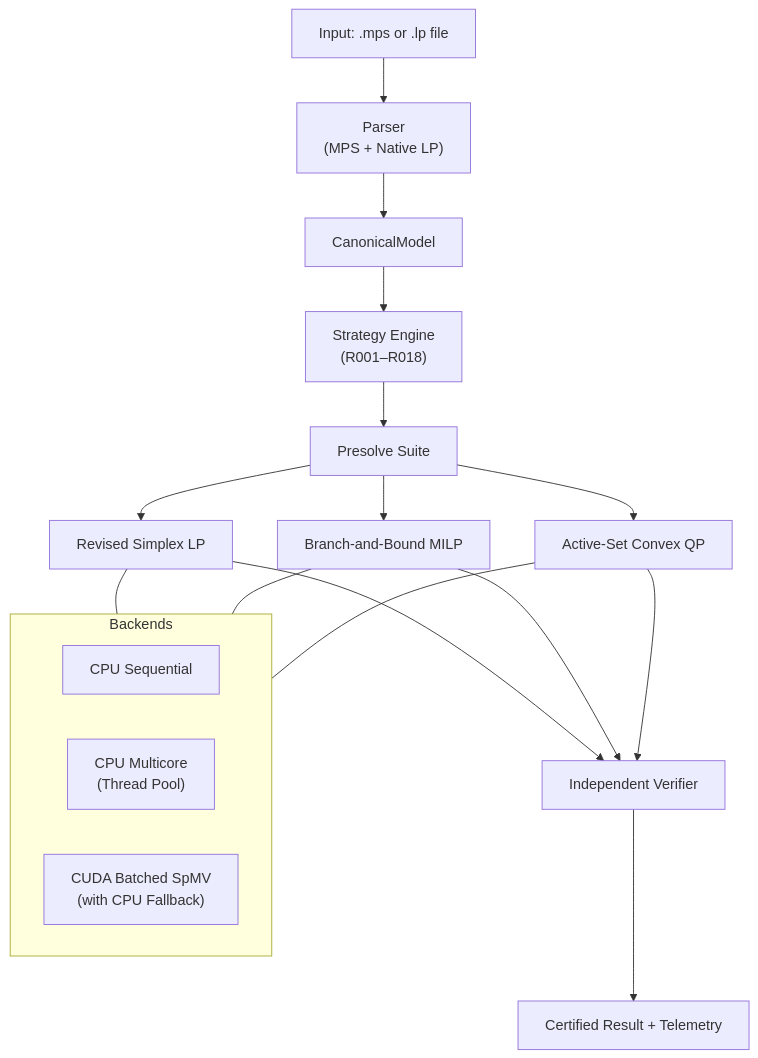
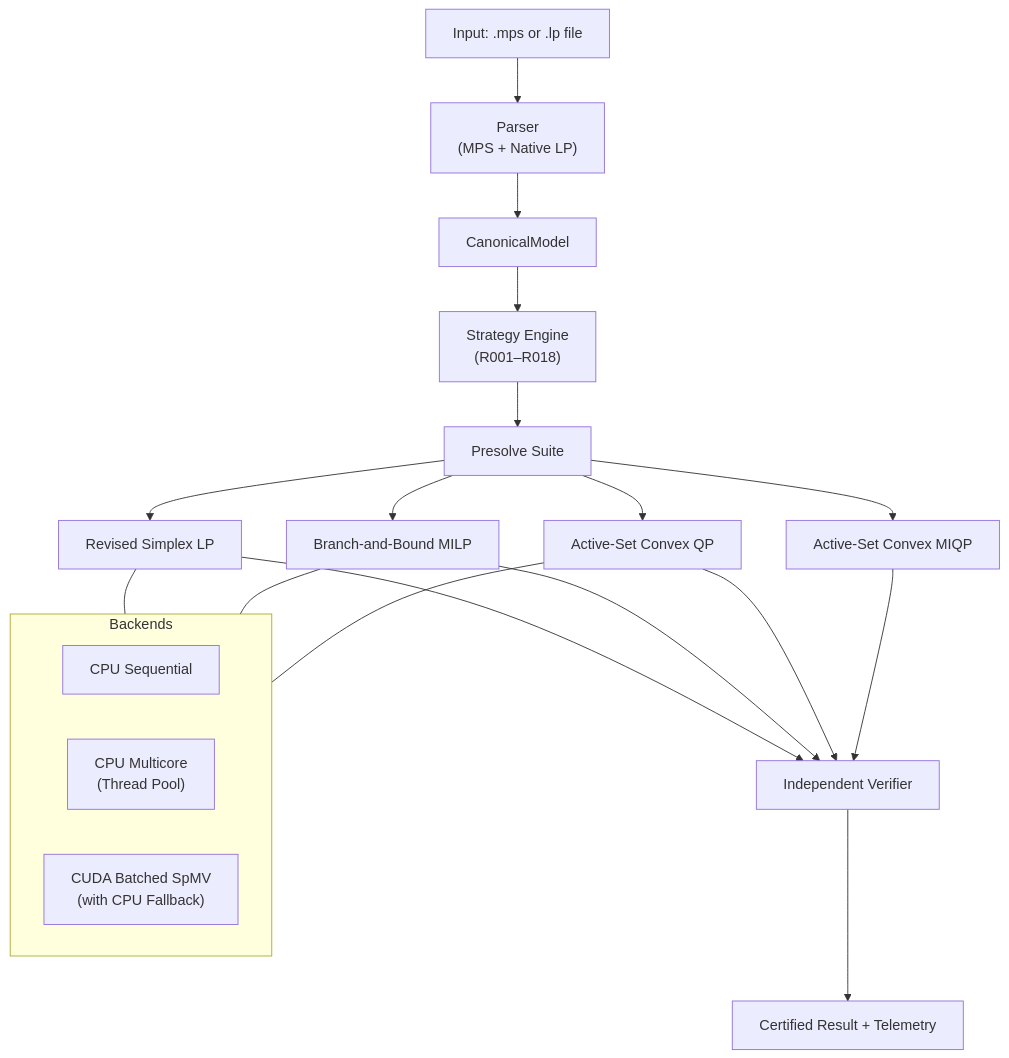
Before and after one commit to madhavansingh/Kavach-opt: the first of 2 diagrams in README.md, drawn with Mermaid. The commit also changed other lines of this file and 23 other files, not shown here.

Commit message:
Establish convex MIQP branch-and-bound relaxation orchestration

````diff
--- a/README.md
+++ b/README.md
@@ -87,24 +88,26 @@
 ```mermaid
 flowchart TD
     A["Input: .mps or .lp file"] --> B["Parser\n(MPS + Native LP)"]
     B --> C["CanonicalModel"]
     C --> D["Strategy Engine\n(R001–R018)"]
     D --> E["Presolve Suite"]
     E --> F1["Revised Simplex LP"]
     E --> F2["Branch-and-Bound MILP"]
     E --> F3["Active-Set Convex QP"]
+    E --> F4["Active-Set Convex MIQP"]
     F1 --> G["Independent Verifier"]
     F2 --> G
     F3 --> G
+    F4 --> G
     G --> H["Certified Result + Telemetry"]
 
     subgraph Backends
         I["CPU Sequential"]
         J["CPU Multicore\n(Thread Pool)"]
         K["CUDA Batched SpMV\n(with CPU Fallback)"]
     end
 
     F1 --- Backends
     F2 --- Backends
     F3 --- Backends
 ```
````
